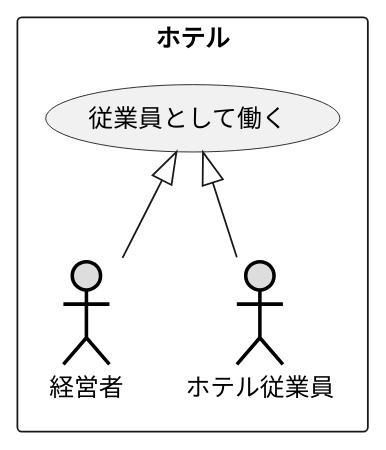
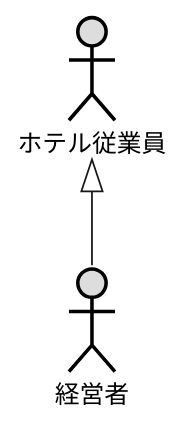
One commit to Takhshi/uml-introduction changed the diagram in 演習2-2_ホテル従業員.pu. Above: the diagram before and after it, drawn with PlantUML. The commit also changed 2 other files, not shown here.

```diff
--- a/演習2-2_ホテル従業員.pu
+++ b/演習2-2_ホテル従業員.pu
@@ -1,9 +1,6 @@
 @startuml 演習2-2
-rectangle ホテル {
 actor 経営者 #DDDDDD;line:black;line.bold;
 actor ホテル従業員 #DDDDDD;line:black;line.bold;
-usecase 従業員として働く
-}
-従業員として働く <|-- 経営者
-従業員として働く <|-- ホテル従業員
+
+ホテル従業員 <|-- 経営者
 @enduml
```
